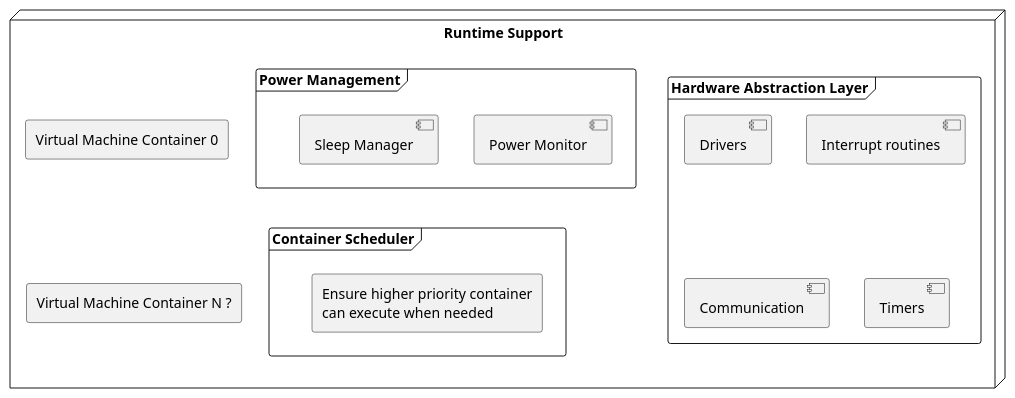
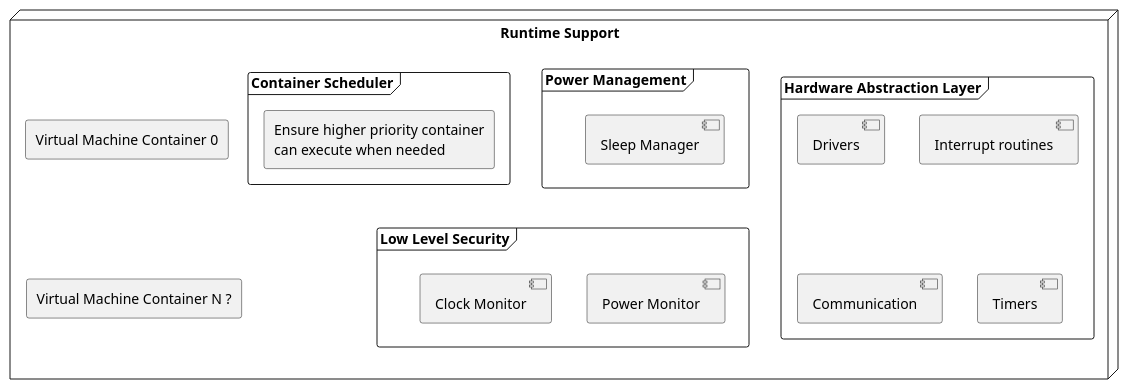
The first of 4 diagrams in spec/architecture.md (SynchronVM/SynchronVM), drawn with PlantUML before and after one commit. The commit also changed other lines of this file and 1 other file, not shown here.

````diff
--- a/spec/architecture.md
+++ b/spec/architecture.md
@@ -10,28 +31,33 @@
 ```plantuml
 node "Runtime Support"  as rs { 
 	frame "Hardware Abstraction Layer" {
 		[Drivers]
 		[Interrupt routines]
 		[Communication]
 		[Timers]
 	}
 
 	rectangle "Virtual Machine Container 0" as vmc0
 	rectangle "Virtual Machine Container N ?" as vmcn
 	
 	vmc0 -[hidden]-> vmcn
 	
 	
 	frame "Power Management" as pm { 
-		[Power Monitor] 
-		[Sleep Manager] 
+		[Sleep Manager]
 	}
+
+	frame "Low Level Security" as sec {
+	      [Power Monitor]
+	      [Clock Monitor]
+	}	
 	
 	frame "Container Scheduler" as cs { 
 		rectangle "Ensure higher priority container\ncan execute when needed"
 	}
 	
-	pm -[hidden]-> cs
+	pm -[hidden]-> sec
 }
+
  
 ```
````
